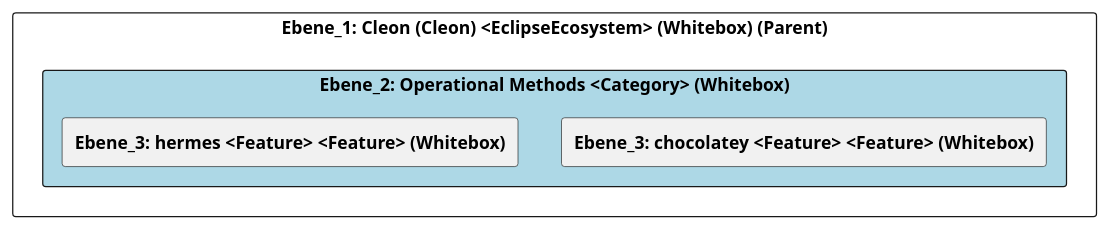
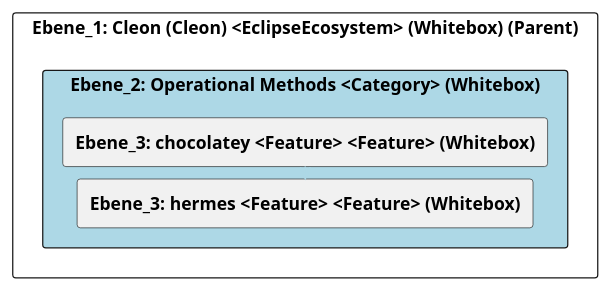
One commit to marcozwyssig/cleon changed the diagram in doc/cleonproject_deliverables_architecture_model_architecture/adoc/de/05_bausteinsicht/cleon/operational_methods/ebene_2_operational_methods.adoc. Above: the diagram before and after it, drawn with PlantUML. The commit also changed other lines of this file and 214 other files, not shown here.

```diff
--- a/doc/cleonproject_deliverables_architecture_model_architecture/adoc/de/05_bausteinsicht/cleon/operational_methods/ebene_2_operational_methods.adoc
+++ b/doc/cleonproject_deliverables_architecture_model_architecture/adoc/de/05_bausteinsicht/cleon/operational_methods/ebene_2_operational_methods.adoc
@@ -20,25 +20,28 @@
 [plantuml, Ebene_2: Operational Methods <Category> (Whitebox)BlockOverview, format="svg"]
 ----
 @startuml Ebene_2: Operational Methods <Category> (Whitebox)BuildingBlockOverview
 
 skinparam ranksep 10
 skinparam componentStyle rectangle
 skinparam shadowing false
 skinparam arrowColor lightblue
 skinparam arrowThickness 1.2
 skinparam rectangle {
   BackgroundColor White
   BorderColor #333
   RoundCorner 10
 }
 top to bottom direction
 
 component "Ebene_1: Cleon (Cleon) <EclipseEcosystem> (Whitebox) (Parent)" {
     component "Ebene_2: Operational Methods <Category> (Whitebox)" #lightblue {
         [**Ebene_3: chocolatey <Feature> <Feature> (Whitebox)**] as 49055817_D579_11EE_903E_9F564E4DE07E
         [**Ebene_3: hermes <Feature> <Feature> (Whitebox)**] as 3BB60AD5_D421_11EF_BDEF_4D33DBCE89CB
     }
+
+    49055817_D579_11EE_903E_9F564E4DE07E -down-> 3BB60AD5_D421_11EF_BDEF_4D33DBCE89CB
+    
 }
 
 @enduml
 ----
```
